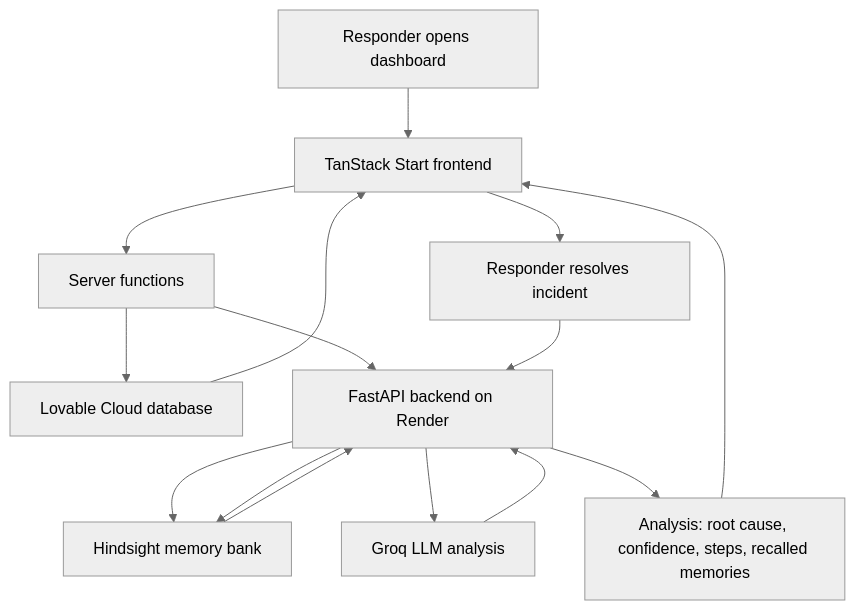
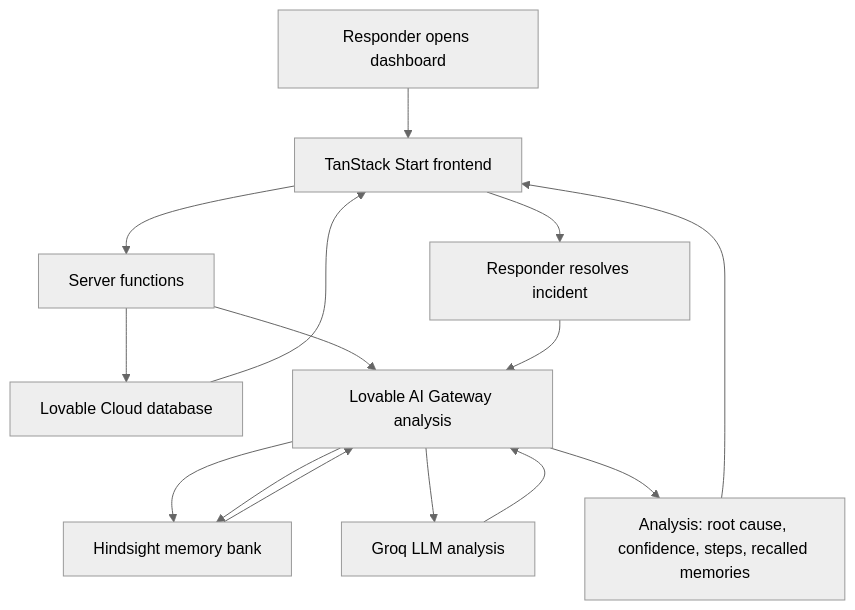
The diagram in README.md (komalharshita/incident-insights), drawn with Mermaid (neutral theme) before and after one commit. The commit also changed other lines of this file and 1 other file, not shown here.

````diff
--- a/README.md
+++ b/README.md
@@ -38,17 +38,17 @@
 ```mermaid
 graph TD
     A[Responder opens dashboard] --> B[TanStack Start frontend]
     B --> C[Server functions]
     C --> D[Lovable Cloud database]
-    C --> E[FastAPI backend on Render]
+    C --> E[Lovable AI Gateway analysis]
     E --> F[Hindsight memory bank]
     E --> G[Groq LLM analysis]
     D --> B
     F --> E
     G --> E
     E --> H[Analysis: root cause, confidence, steps, recalled memories]
     H --> B
     B --> I[Responder resolves incident]
     I --> E
     E --> F
 ```
````
